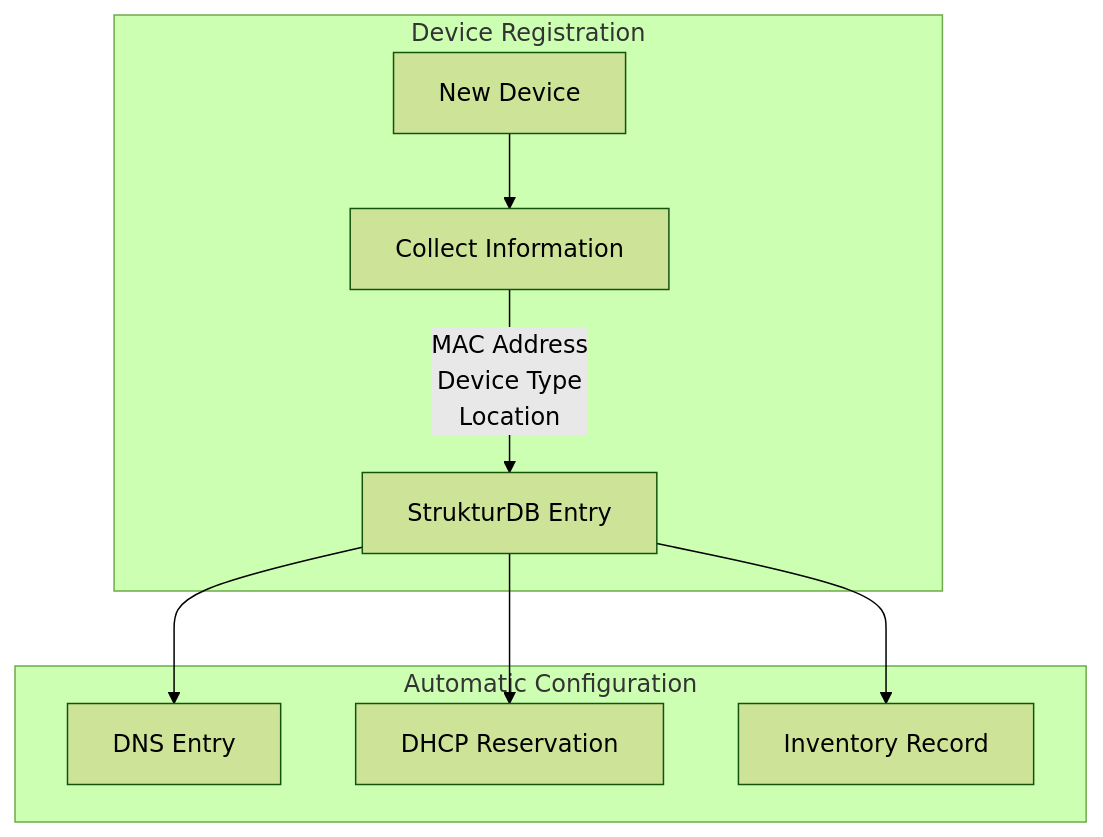
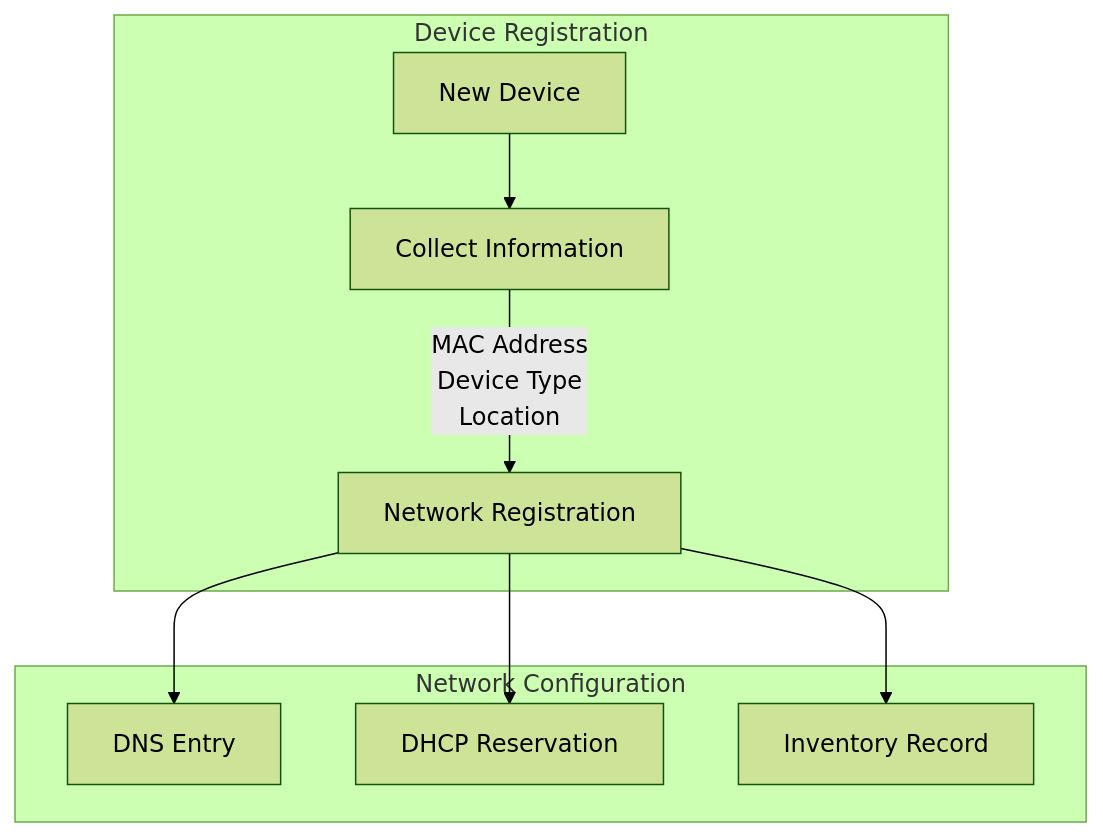
Before and after one commit to jtimo/tum-ito-admin-guide: the fourth of 6 diagrams in en/chapters/03-user-management.qmd, drawn with Mermaid (forest theme). The commit also changed other lines of this file and 21 other files, not shown here.

````diff
--- a/en/chapters/03-user-management.qmd
+++ b/en/chapters/03-user-management.qmd
@@ -123,15 +114,15 @@
 ```{mermaid}
 %%| fig-cap: "Device Registration Workflow"
 flowchart TB
     subgraph Registration["Device Registration"]
         Device["New Device"]
         Device --> Info["Collect Information"]
-        Info --> |MAC Address<br/>Device Type<br/>Location| SDB["StrukturDB Entry"]
+        Info --> |MAC Address<br/>Device Type<br/>Location| Register["Network Registration"]
     end
 
-    subgraph Configuration["Automatic Configuration"]
-        SDB --> DNS["DNS Entry"]
-        SDB --> DHCP["DHCP Reservation"]
-        SDB --> Inventory["Inventory Record"]
+    subgraph Configuration["Network Configuration"]
+        Register --> DNS["DNS Entry"]
+        Register --> DHCP["DHCP Reservation"]
+        Register --> Inventory["Inventory Record"]
     end
 ```
````
